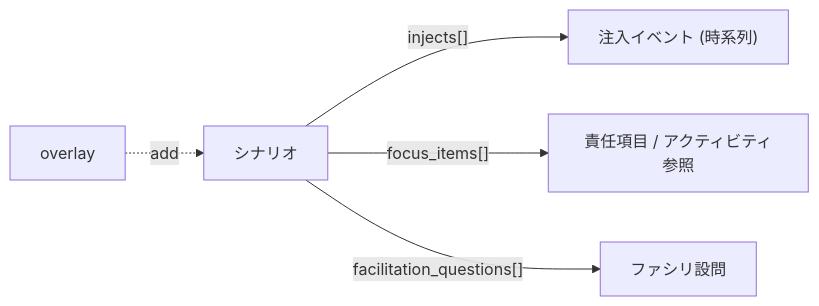
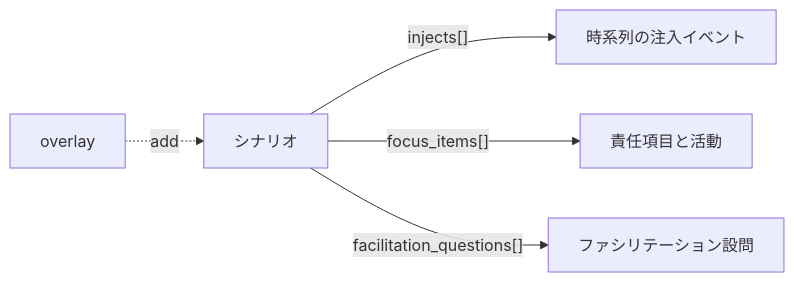
One commit to suwa-sh/shared-infra-incident-readiness changed the second of 2 diagrams in docs/04_tabletop_and_runbook.md. Above: the diagram before and after it, drawn with Mermaid. The commit also changed other lines of this file and 10 other files, not shown here.

````diff
--- a/docs/04_tabletop_and_runbook.md
+++ b/docs/04_tabletop_and_runbook.md
@@ -40,7 +56,7 @@
 ```mermaid
 graph LR
-  scenario["シナリオ"] -->|"injects[]"| inject["注入イベント (時系列)"]
-  scenario -->|"focus_items[]"| ref["責任項目 / アクティビティ参照"]
-  scenario -->|"facilitation_questions[]"| q["ファシリ設問"]
+  scenario["シナリオ"] -->|"injects[]"| injects["時系列の注入イベント"]
+  scenario -->|"focus_items[]"| focus["責任項目と活動"]
+  scenario -->|"facilitation_questions[]"| questions["ファシリテーション設問"]
   overlay["overlay"] -.->|"add"| scenario
 ```
````
